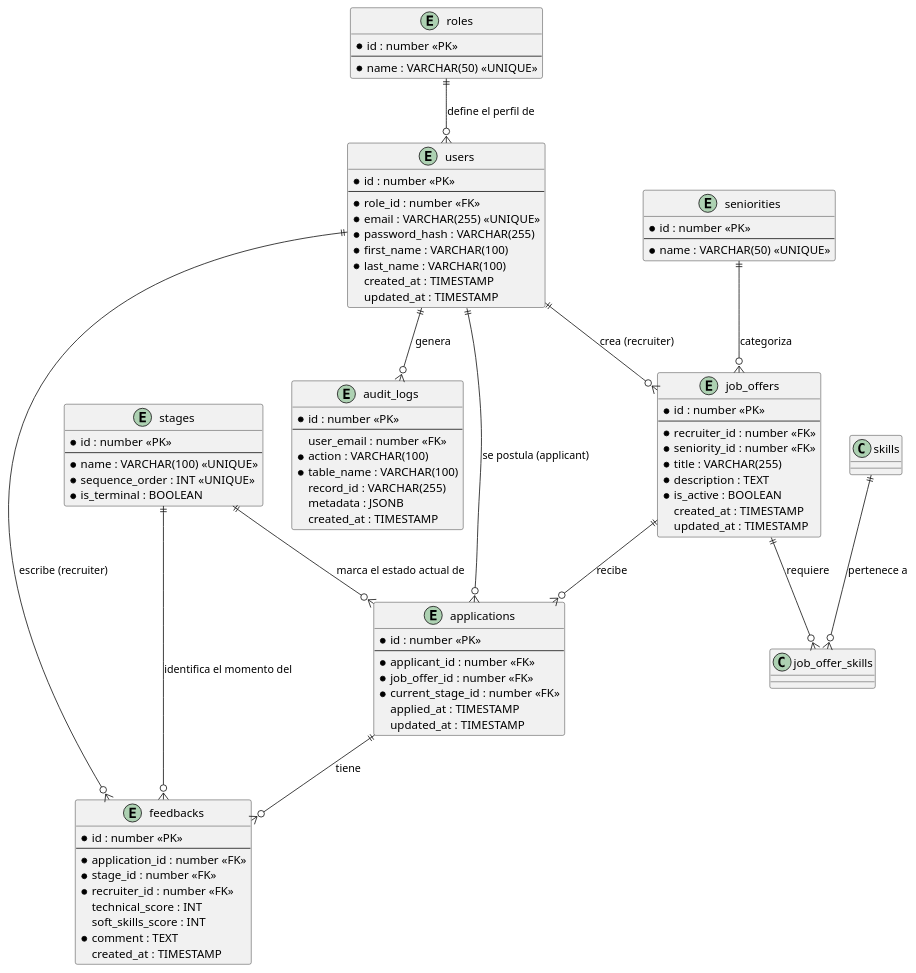
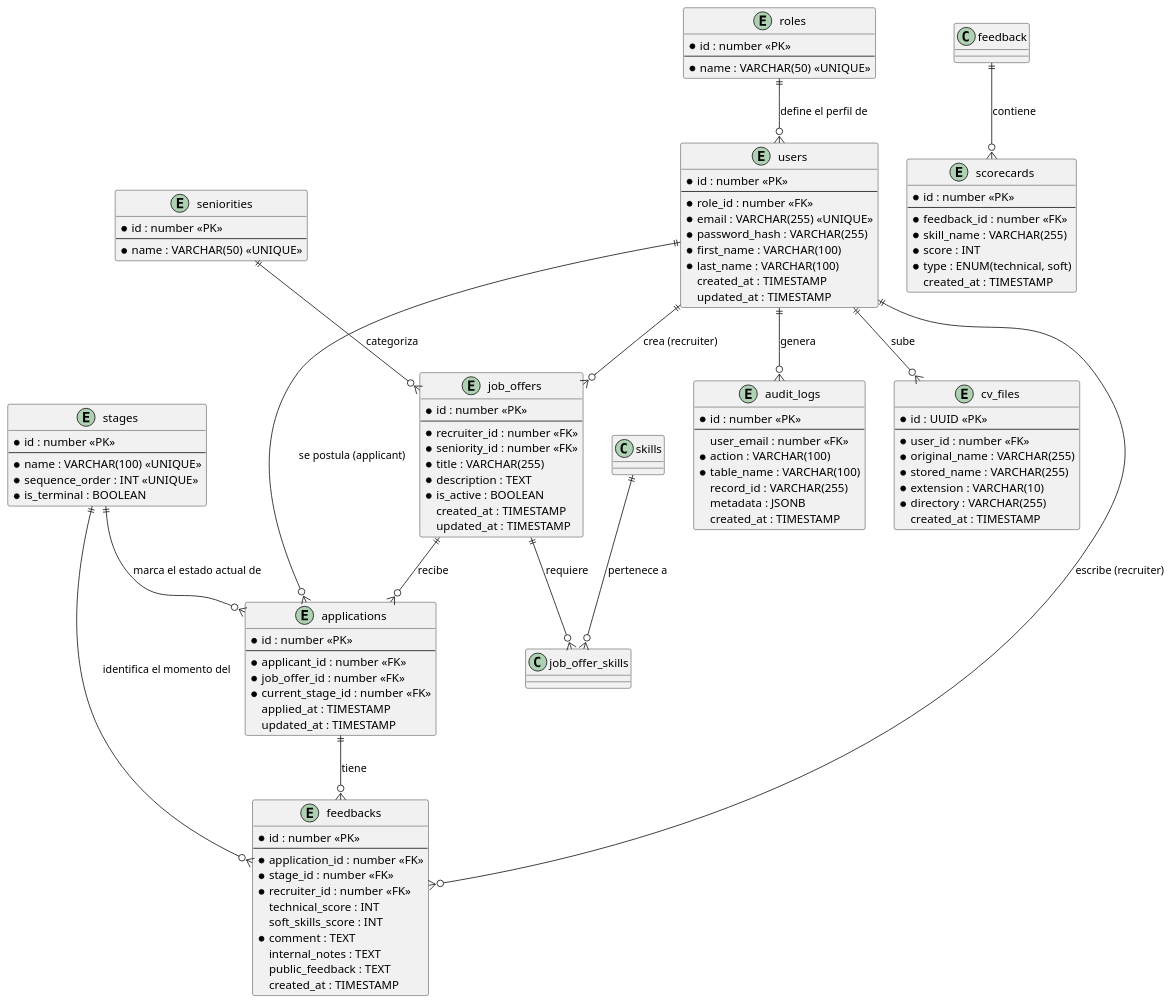
The diagram in documentacion/der.puml (LauEroles/NextStep), drawn with PlantUML before and after one commit. The commit also changed 2 other files, not shown here.

```diff
--- a/documentacion/der.puml
+++ b/documentacion/der.puml
@@ -1,102 +1,131 @@
 @startuml NextStep DER
 
 entity "users" as users {
   * id : number <<PK>>
   --
   * role_id : number <<FK>>
   * email : VARCHAR(255) <<UNIQUE>>
   * password_hash : VARCHAR(255)
   * first_name : VARCHAR(100)
   * last_name : VARCHAR(100)
   created_at : TIMESTAMP
   updated_at : TIMESTAMP
 }
 
 entity "roles" as roles {
   * id : number <<PK>>
   --
   * name : VARCHAR(50) <<UNIQUE>>
 }
 
 entity "seniorities" as seniorities {
   * id : number <<PK>>
   --
   * name : VARCHAR(50) <<UNIQUE>>
 }
 
 entity "job_offers" as job_offers {
   * id : number <<PK>>
   --
   * recruiter_id : number <<FK>>
   * seniority_id : number <<FK>>
   * title : VARCHAR(255)
   * description : TEXT
   * is_active : BOOLEAN
   created_at : TIMESTAMP
   updated_at : TIMESTAMP
 }
 
 entity "stages" as stages {
   * id : number <<PK>>
   --
   * name : VARCHAR(100) <<UNIQUE>>
   * sequence_order : INT <<UNIQUE>>
   * is_terminal : BOOLEAN
 }
 
 entity "applications" as applications {
   * id : number <<PK>>
   --
   * applicant_id : number <<FK>>
   * job_offer_id : number <<FK>>
   * current_stage_id : number <<FK>>
   applied_at : TIMESTAMP
   updated_at : TIMESTAMP
 }
 
 entity "feedbacks" as feedbacks {
   * id : number <<PK>>
   --
   * application_id : number <<FK>>
   * stage_id : number <<FK>>
   * recruiter_id : number <<FK>>
   technical_score : INT
   soft_skills_score : INT
   * comment : TEXT
+  internal_notes : TEXT
+  public_feedback : TEXT
   created_at : TIMESTAMP
 }
 
 entity "audit_logs" as audit_logs {
   * id : number <<PK>>
   --
   user_email : number <<FK>>
   * action : VARCHAR(100)
   * table_name : VARCHAR(100)
   record_id : VARCHAR(255)
   metadata : JSONB
+  created_at : TIMESTAMP
+}
+
+entity "scorecards" as scorecards {
+  * id : number <<PK>>
+  --
+  * feedback_id : number <<FK>>
+  * skill_name : VARCHAR(255)
+  * score : INT
+  * type : ENUM(technical, soft)
+  created_at : TIMESTAMP
+}
+
+entity "cv_files" as cv_files {
+  * id : UUID <<PK>>
+  --
+  * user_id : number <<FK>>
+  * original_name : VARCHAR(255)
+  * stored_name : VARCHAR(255)
+  * extension : VARCHAR(10)
+  * directory : VARCHAR(255)
   created_at : TIMESTAMP
 }
 
 ' Relación de Usuarios y Roles (1 a Muchos)
 roles ||--o{ users : "define el perfil de"
 
 ' Relaciones de Ofertas y Skills/Seniority
 users ||--o{ job_offers : "crea (recruiter)"
 seniorities ||--o{ job_offers : "categoriza"
 job_offers ||--o{ job_offer_skills : "requiere"
 skills ||--o{ job_offer_skills : "pertenece a"
 
 ' Relaciones de Postulaciones y Etapas
 users ||--o{ applications : "se postula (applicant)"
 job_offers ||--o{ applications : "recibe"
 stages ||--o{ applications : "marca el estado actual de"
 
 ' Relaciones de Feedback
 applications ||--o{ feedbacks : "tiene"
 stages ||--o{ feedbacks : "identifica el momento del"
 users ||--o{ feedbacks : "escribe (recruiter)"
 
 ' Relaciones de Auditoría
 users ||--o{ audit_logs : "genera"
 
+' Scorecards
+feedback ||--o{ scorecards : "contiene"
+
+' CVs
+users ||--o{ cv_files : "sube"
+
 @enduml
```
